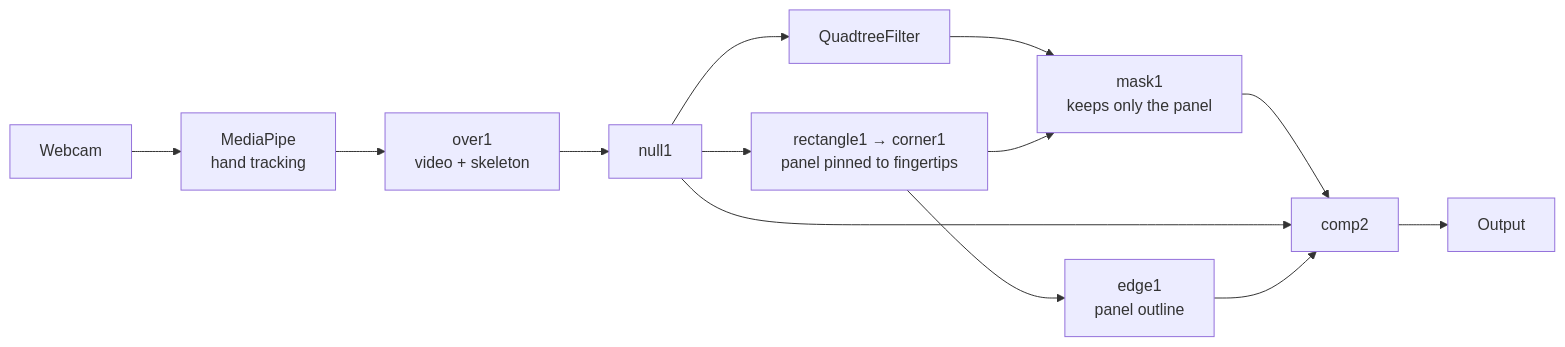
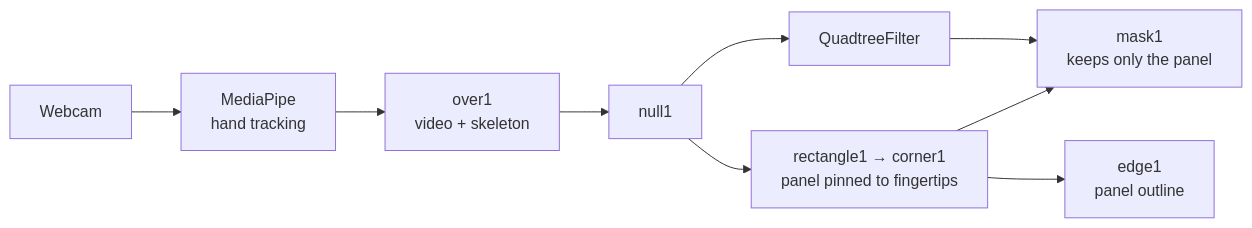
Before and after one commit to neempata/pixelated-probabilistic-quadtree-touchdesigner: the diagram in README.md, drawn with Mermaid.

Commit message:
Update diagram connections in README
Removed connections from nodes G, D, H, and I in the diagram.

````diff
--- a/README.md
+++ b/README.md
@@ -52,15 +52,11 @@
 ```mermaid
 flowchart LR
     A[Webcam] --> B[MediaPipe<br/>hand tracking]
     B --> C[over1<br/>video + skeleton]
     C --> D[null1]
     D --> E[rectangle1 → corner1<br/>panel pinned to fingertips]
     D --> F[QuadtreeFilter]
     F --> G[mask1<br/>keeps only the panel]
     E --> G
     E --> H[edge1<br/>panel outline]
-    G --> I[comp2]
-    D --> I
-    H --> I
-    I --> J[Output]
 ```
````
